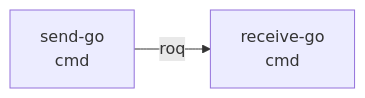
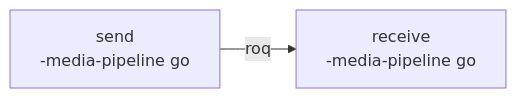
One commit to mengelbart/mrtp changed the second of 4 diagrams in README.md. Above: the diagram before and after it, drawn with Mermaid. The commit also changed other lines of this file and 5 other files, not shown here.

Commit message:
Merge send_go/receive_go into send/receive

````diff
--- a/README.md
+++ b/README.md
@@ -24,4 +26,4 @@
 ```mermaid
 graph LR
-  S["send-go<br/>cmd"] -->|roq| R["receive-go<br/>cmd"]
+  S["send<br/>-media-pipeline go"] -->|roq| R["receive<br/>-media-pipeline go"]
 ```
````
